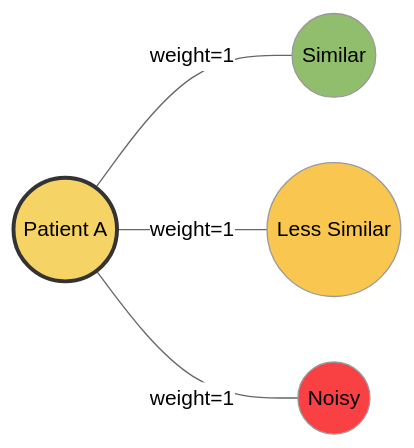
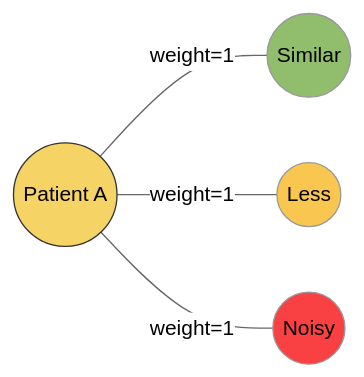
The second of 13 diagrams in slides.md (phiwi/graphnn_lecture), drawn with Mermaid (neutral theme) before and after one commit. The commit also changed other lines of this file, not shown here.

````diff
--- a/slides.md
+++ b/slides.md
@@ -377,11 +376,11 @@
 ```mermaid
 graph LR
   A((Patient A)) ---|weight=1| B((Similar))
-  A ---|weight=1| C((Less Similar))
+  A ---|weight=1| C((Less))
   A ---|weight=1| D((Noisy))
   
-  style A fill:#f6d365,stroke:#333,stroke-width:3px
+  style A fill:#f6d365,stroke:#333
   style B fill:#90be6d
   style C fill:#f9c74f
   style D fill:#f94144
 ```
````
